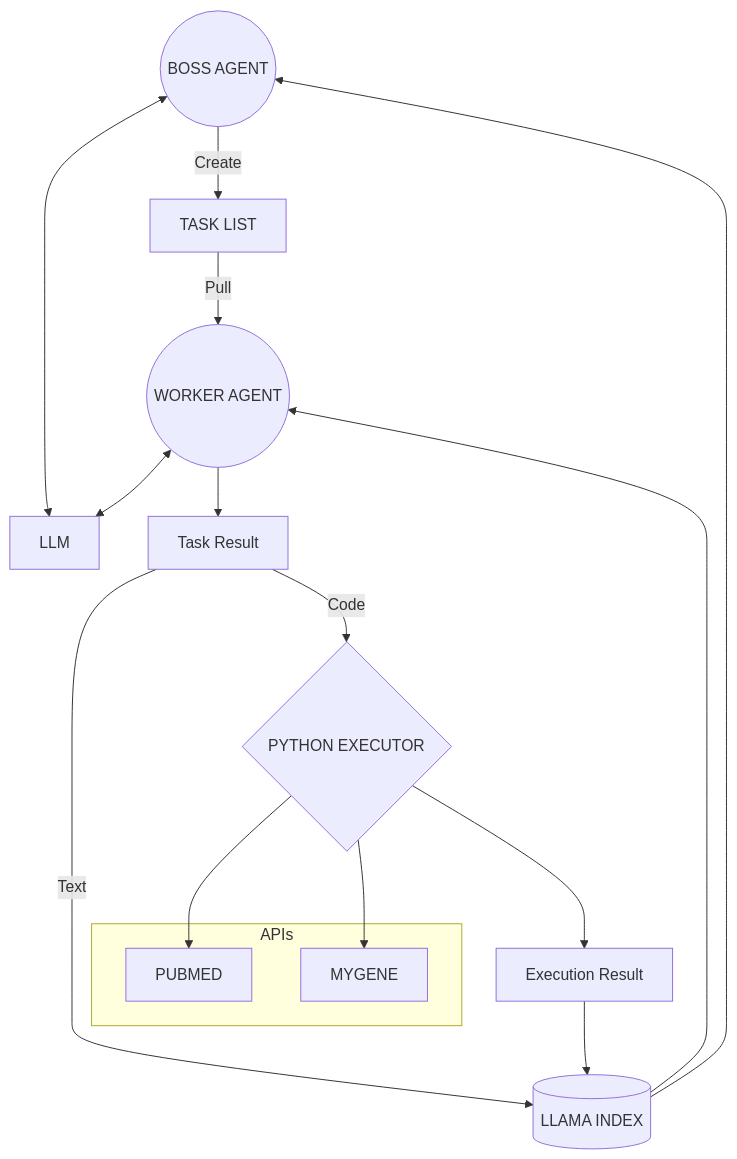
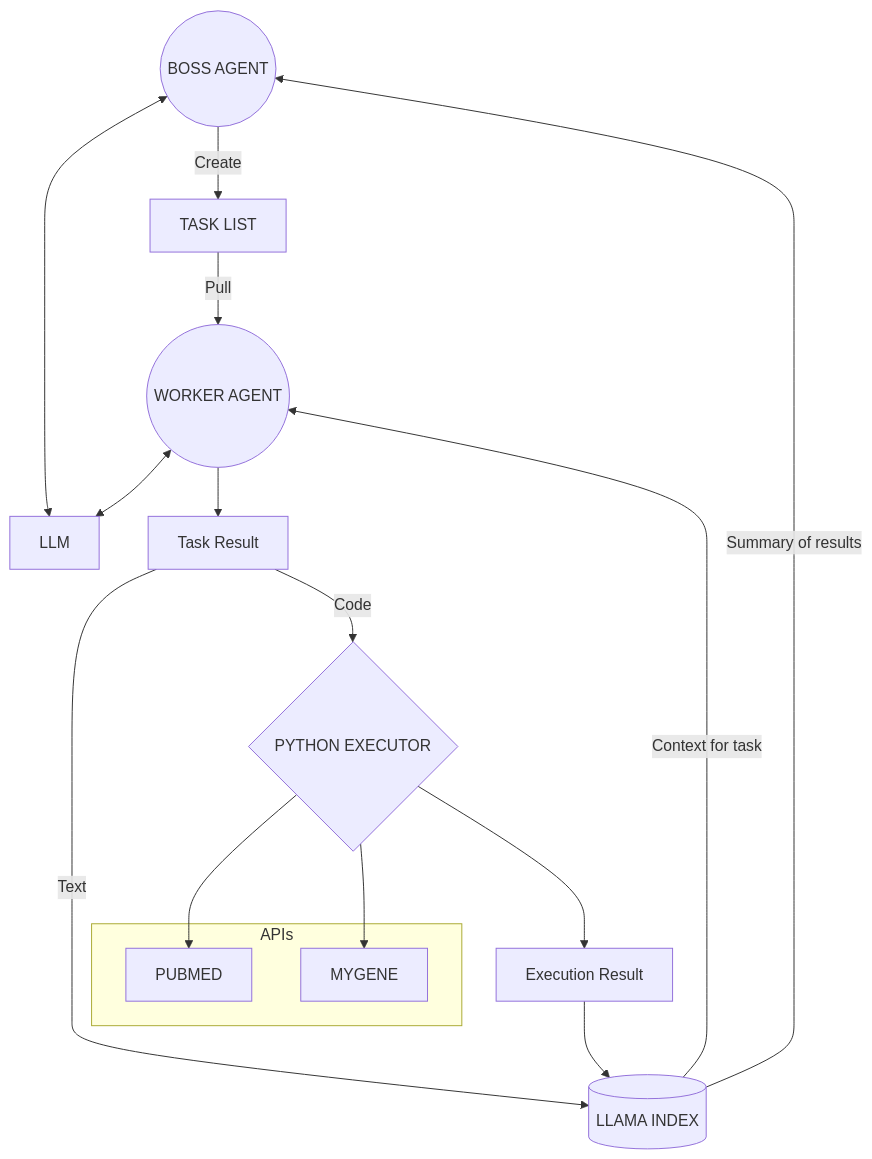
The diagram in README.md (oneil512/INSIGHT), drawn with Mermaid before and after one commit. The commit also changed 5 other files, not shown here.

````diff
--- a/README.md
+++ b/README.md
@@ -10,26 +10,26 @@
 ```mermaid
 graph TB;
 
     subgraph APIs;
         API1[PUBMED API];
         API2[MYGENE API];
     end;
 
     Boss((BOSS AGENT)) <--> GPT[LLM];
-    Llama[(LLAMA INDEX)] --> Boss;
+    Llama[(LLAMA INDEX)] -->|Summary of results| Boss;
     Boss -->|Create| Queue[TASK LIST];
 
     Worker((WORKER AGENT)) <--> GPT;
     Queue --> |Pull| Worker;
-    Llama --> Worker;
+    Llama -->|Context for task| Worker;
     Worker --> Result[Task Result];
 
     Result --> |Text| Llama;
     Result -->|Code| Executor{PYTHON EXECUTOR};
 
     Executor --> API1[PUBMED];
     Executor --> API2[MYGENE];
     Executor --> Execution[Execution Result];
 
     Execution --> Llama;
 ```
````
